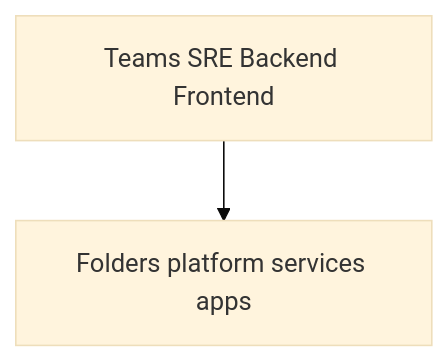
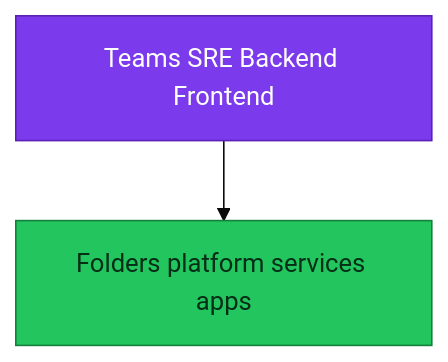
Before and after one commit to duynhlab/homelab: the third of 3 diagrams in docs/observability/grafana/rbac-multi-team.md, drawn with Mermaid (base theme). The commit also changed other lines of this file and 33 other files, not shown here.

First line of the commit message:
Refresh observability diagrams (#516)

````diff
--- a/docs/observability/grafana/rbac-multi-team.md
+++ b/docs/observability/grafana/rbac-multi-team.md
@@ -128,6 +138,11 @@
 ```mermaid
 flowchart TD
   Teams[Teams SRE Backend Frontend]
   Folders[Folders platform services apps]
   Teams --> Folders
+
+  classDef data fill:#22c55e,color:#052e16,stroke:#15803d;
+  classDef platform fill:#7c3aed,color:#fff,stroke:#5b21b6;
+  class Teams platform;
+  class Folders data;
 ```
````
